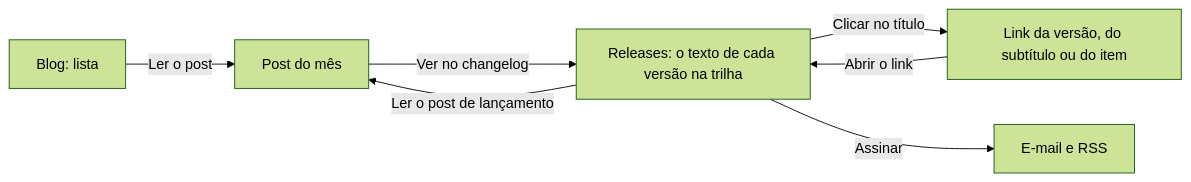
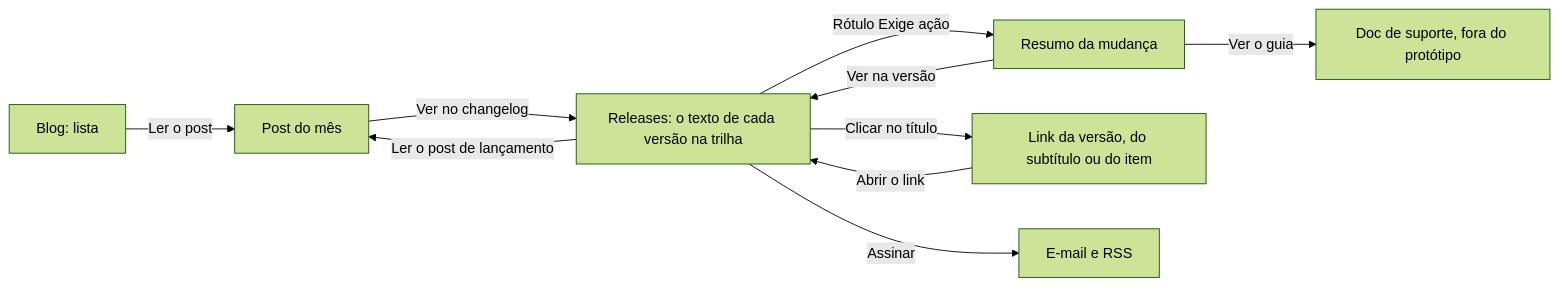
The diagram in app/pages/releases-no-docs/DECISOES.md (pernalombr4/prototipos), drawn with Mermaid (forest theme) before and after one commit. The commit also changed other lines of this file and 7 other files, not shown here.

Commit message:
[PROTO] releases-no-docs — rodada 6 — Exige ação abre popover (o que muda, quem é afetado, prazo e fases) e o item traz O que fazer

````diff
--- a/app/pages/releases-no-docs/DECISOES.md
+++ b/app/pages/releases-no-docs/DECISOES.md
@@ -23,9 +24,12 @@
 ```mermaid
 flowchart LR
   B[Blog: lista] -->|Ler o post| P[Post do mês]
   P -->|Ver no changelog| C[Releases: o texto de cada versão na trilha]
   C -->|Ler o post de lançamento| P
+  C -->|Rótulo Exige ação| R[Resumo da mudança]
+  R -->|Ver na versão| C
+  R -->|Ver o guia| G[Doc de suporte, fora do protótipo]
   C -->|Clicar no título| L[Link da versão, do subtítulo ou do item]
   L -->|Abrir o link| C
   C -->|Assinar| A[E-mail e RSS]
 ```
````
